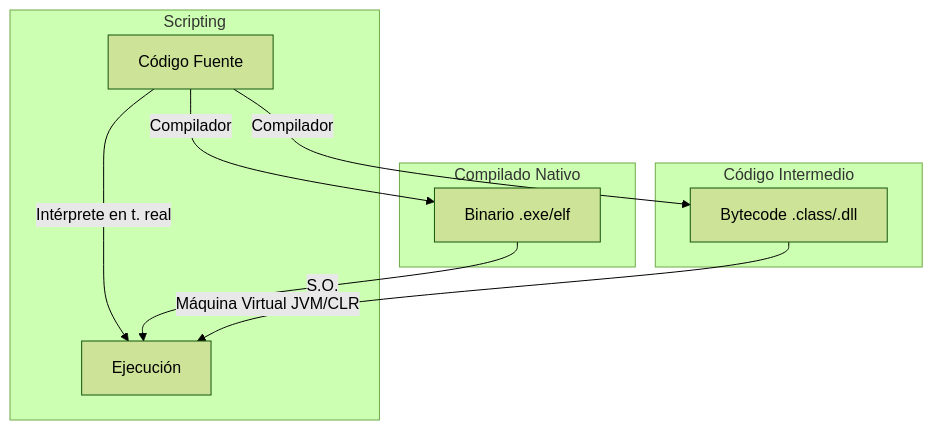
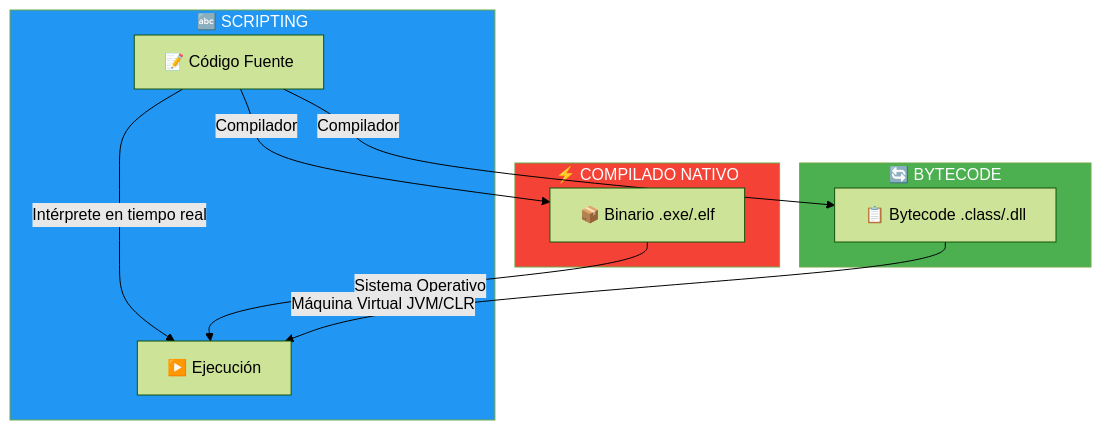
The first of 2 diagrams in 07-lenguajes-frameworks.md (joseluisgs/DesarrolloWebEntornosServidor-01-2026-2027), drawn with Mermaid (forest theme) before and after one commit. The commit also changed other lines of this file and 8 other files, not shown here.

````diff
--- a/07-lenguajes-frameworks.md
+++ b/07-lenguajes-frameworks.md
@@ -22,18 +33,22 @@
 ```mermaid
 graph TD
-    A[Código Fuente] 
-    
-    subgraph Scripting
-    A -->|Intérprete en t. real| B[Ejecución]
+    A["📝 Código Fuente"]
+
+    subgraph SCRIPTING["🔤 SCRIPTING"]
+        A -->|"Intérprete en tiempo real"| B["▶️ Ejecución"]
     end
-    
-    subgraph Compilado Nativo
-    A -->|Compilador| C[Binario .exe/elf]
-    C -->|S.O.| B
+
+    subgraph COMPILADO["⚡ COMPILADO NATIVO"]
+        A -->|"Compilador"| C["📦 Binario .exe/.elf"]
+        C -->|"Sistema Operativo"| B
     end
-    
-    subgraph Código Intermedio
-    A -->|Compilador| D[Bytecode .class/.dll]
-    D -->|Máquina Virtual JVM/CLR| B
+
+    subgraph BYTECODE["🔄 BYTECODE"]
+        A -->|"Compilador"| D["📋 Bytecode .class/.dll"]
+        D -->|"Máquina Virtual JVM/CLR"| B
     end
+
+    style SCRIPTING fill:#2196F3,color:#fff
+    style COMPILADO fill:#f44336,color:#fff
+    style BYTECODE fill:#4CAF50,color:#fff
 ```
````
